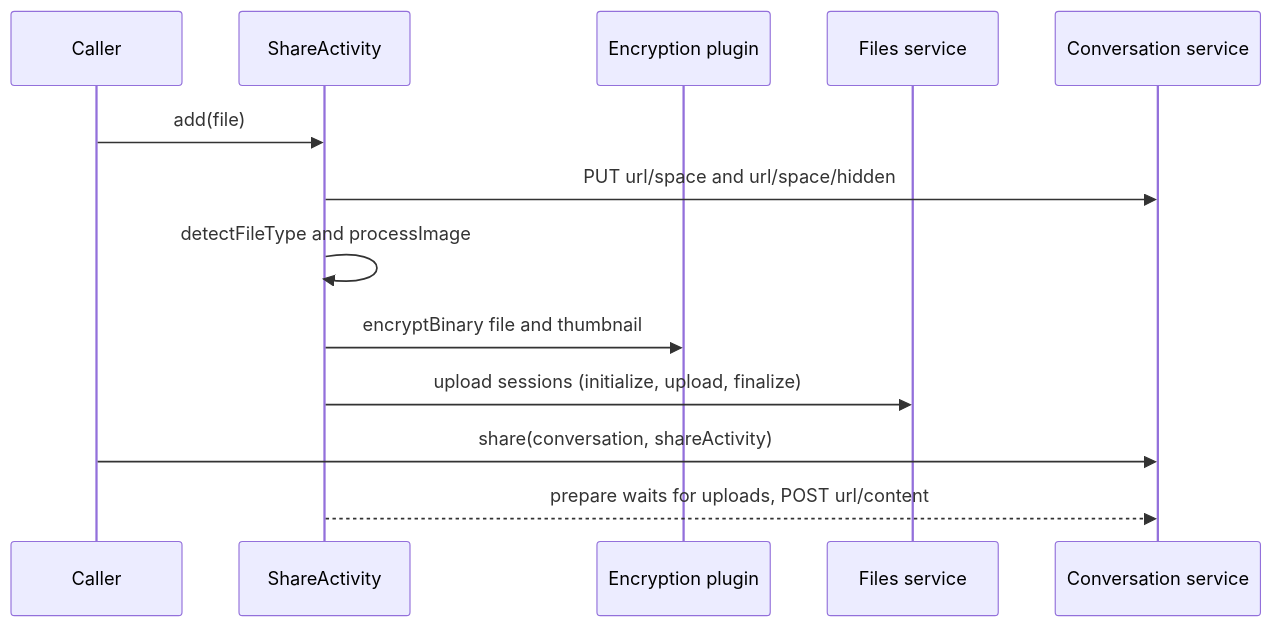
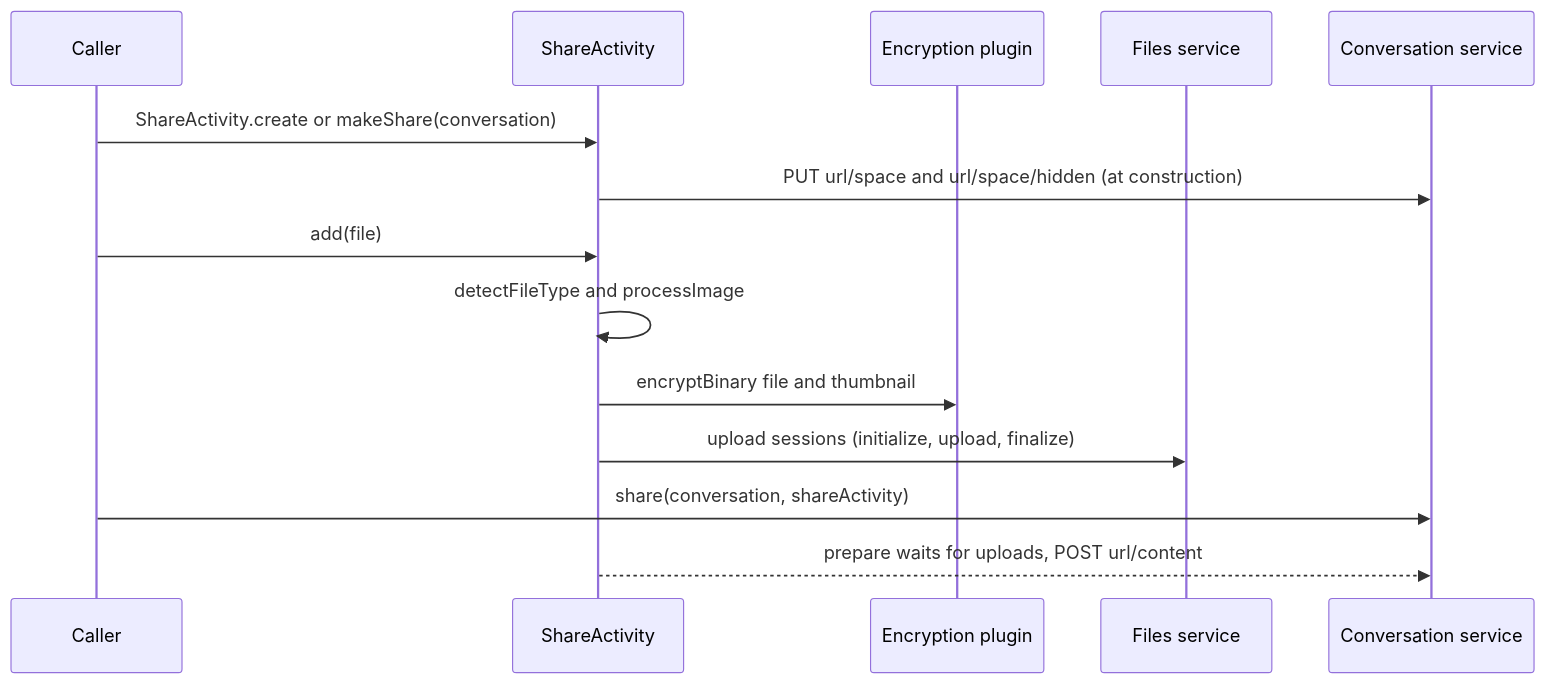
The fourth of 8 diagrams in packages/@webex/internal-plugin-conversation/src/docs/README.md (webex/webex-js-sdk), drawn with Mermaid before and after one commit. The commit also changed other lines of this file and 11 other files, not shown here.

````diff
--- a/packages/@webex/internal-plugin-conversation/src/docs/README.md
+++ b/packages/@webex/internal-plugin-conversation/src/docs/README.md
@@ -471,15 +499,16 @@
 ```mermaid
 sequenceDiagram
   participant Caller
   participant Share as ShareActivity
   participant Enc as Encryption plugin
   participant FS as Files service
   participant CS as Conversation service
+  Caller->>Share: ShareActivity.create or makeShare(conversation)
+  Share->>CS: PUT url/space and url/space/hidden (at construction)
   Caller->>Share: add(file)
-  Share->>CS: PUT url/space and url/space/hidden
   Share->>Share: detectFileType and processImage
   Share->>Enc: encryptBinary file and thumbnail
   Share->>FS: upload sessions (initialize, upload, finalize)
   Caller->>CS: share(conversation, shareActivity)
   Share-->>CS: prepare waits for uploads, POST url/content
 ```
````
